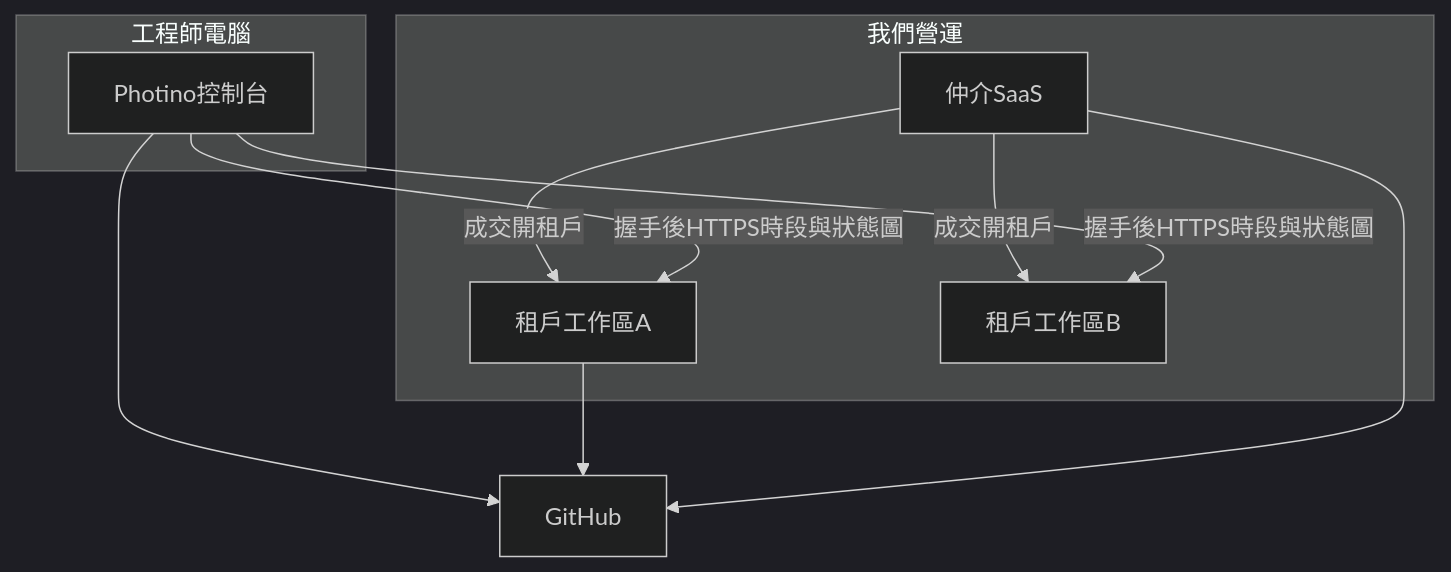
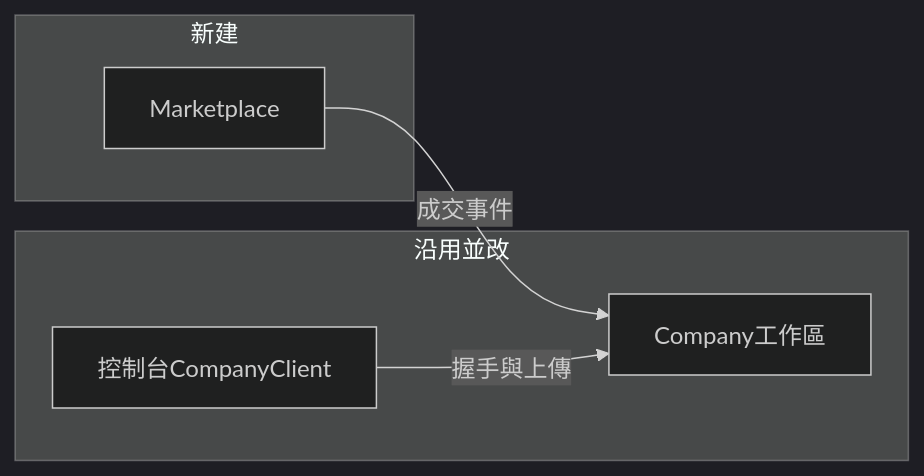
One commit to sjvann/AI_Project_Console changed the first of 2 diagrams in docs/product/execution-plan.md. Above: the diagram before and after it, drawn with Mermaid (dark theme). The commit also changed other lines of this file and 31 other files, not shown here.

````diff
--- a/docs/product/execution-plan.md
+++ b/docs/product/execution-plan.md
@@ -44,19 +43,12 @@
 ```mermaid
-flowchart TB
-  subgraph ourCloud [我們營運]
-    Market[仲介SaaS]
-    WsA[租戶工作區A]
-    WsB[租戶工作區B]
-    Market -->|成交開租戶| WsA
-    Market -->|成交開租戶| WsB
+flowchart LR
+  subgraph build [新建]
+    Mkt[Marketplace]
   end
-  subgraph engineerPc [工程師電腦]
-    Console[Photino控制台]
+  subgraph reuse [沿用並改]
+    Co[Company工作區]
+    Con[控制台CompanyClient]
   end
-  Gh[GitHub]
-  Console -->|握手後HTTPS時段與狀態圖| WsA
-  Console -->|握手後HTTPS時段與狀態圖| WsB
-  Console --> Gh
-  WsA --> Gh
-  Market --> Gh
+  Mkt -->|成交事件| Co
+  Con -->|握手與上傳| Co
 ```
````
